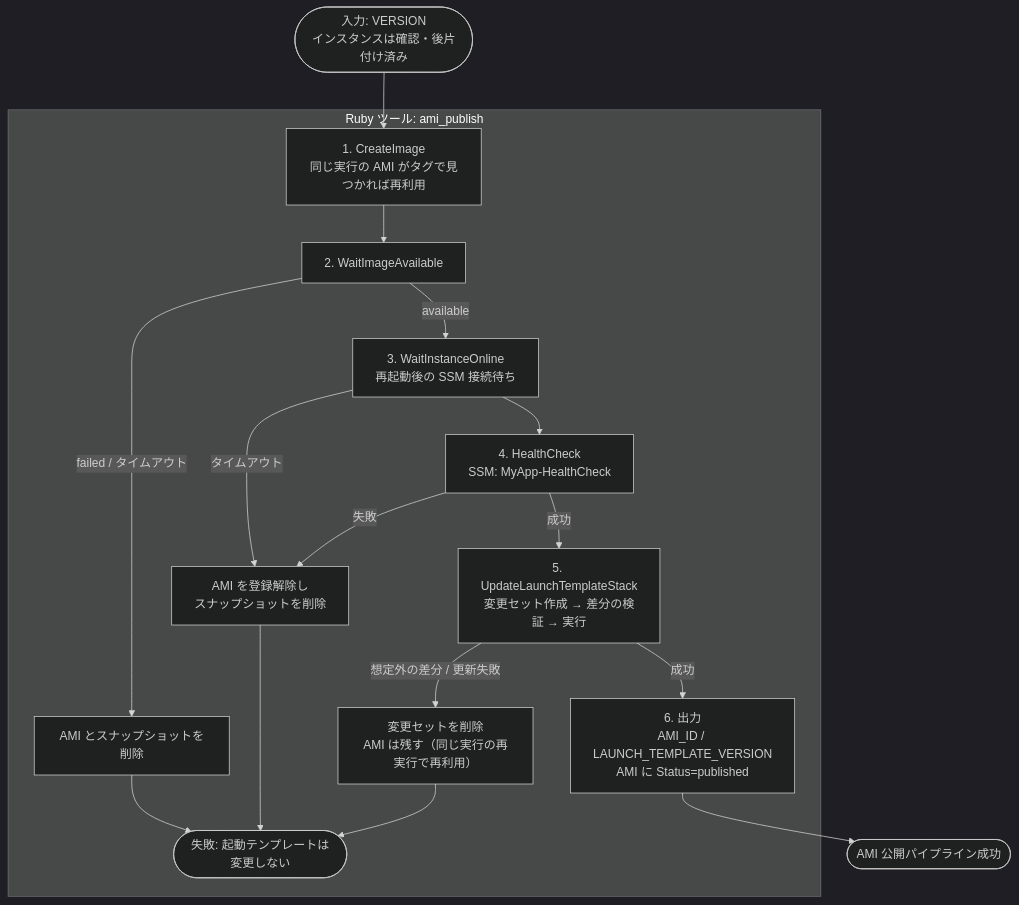
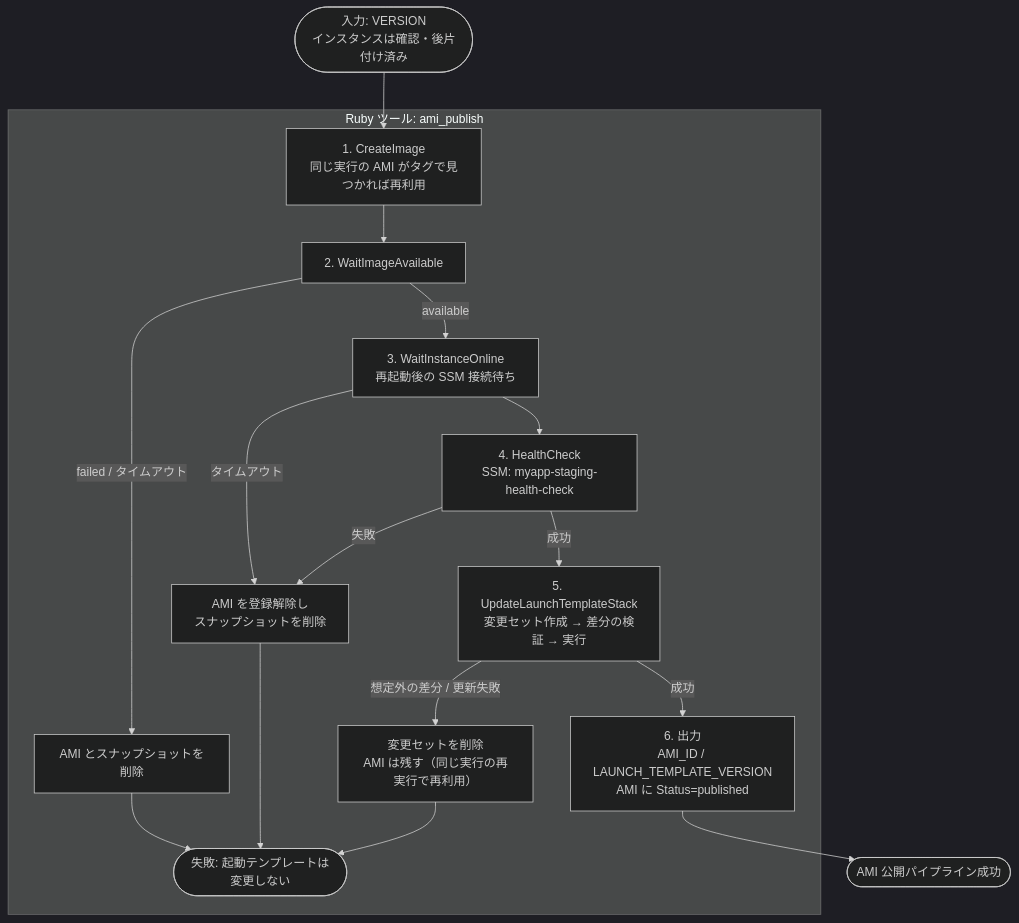
The first of 5 diagrams in docs/ec2/ami-publish-development-plan.md (rxsxkxd/pk), drawn with Mermaid (dark theme) before and after one commit. The commit also changed other lines of this file and 43 other files, not shown here.

````diff
--- a/docs/ec2/ami-publish-development-plan.md
+++ b/docs/ec2/ami-publish-development-plan.md
@@ -36,20 +36,20 @@
 ```mermaid
 flowchart TD
     In([入力: VERSION<br>インスタンスは確認・後片付け済み]) --> S1
 
     subgraph Tool[Ruby ツール: ami_publish]
         S1[1. CreateImage<br>同じ実行の AMI がタグで見つかれば再利用]
         S1 --> S2[2. WaitImageAvailable]
         S2 -- failed / タイムアウト --> F2[AMI とスナップショットを削除] --> Fail
         S2 -- available --> S3[3. WaitInstanceOnline<br>再起動後の SSM 接続待ち]
         S3 -- タイムアウト --> F3[AMI を登録解除し<br>スナップショットを削除] --> Fail
-        S3 --> S4[4. HealthCheck<br>SSM: MyApp-HealthCheck]
+        S3 --> S4[4. HealthCheck<br>SSM: myapp-staging-health-check]
         S4 -- 失敗 --> F3
         S4 -- 成功 --> S5[5. UpdateLaunchTemplateStack<br>変更セット作成 → 差分の検証 → 実行]
         S5 -- 想定外の差分 / 更新失敗 --> F5[変更セットを削除<br>AMI は残す（同じ実行の再実行で再利用）] --> Fail
         S5 -- 成功 --> S6[6. 出力<br>AMI_ID / LAUNCH_TEMPLATE_VERSION<br>AMI に Status=published]
     end
 
     S6 --> Out([AMI 公開パイプライン成功])
     Fail([失敗: 起動テンプレートは変更しない])
 ```
````
